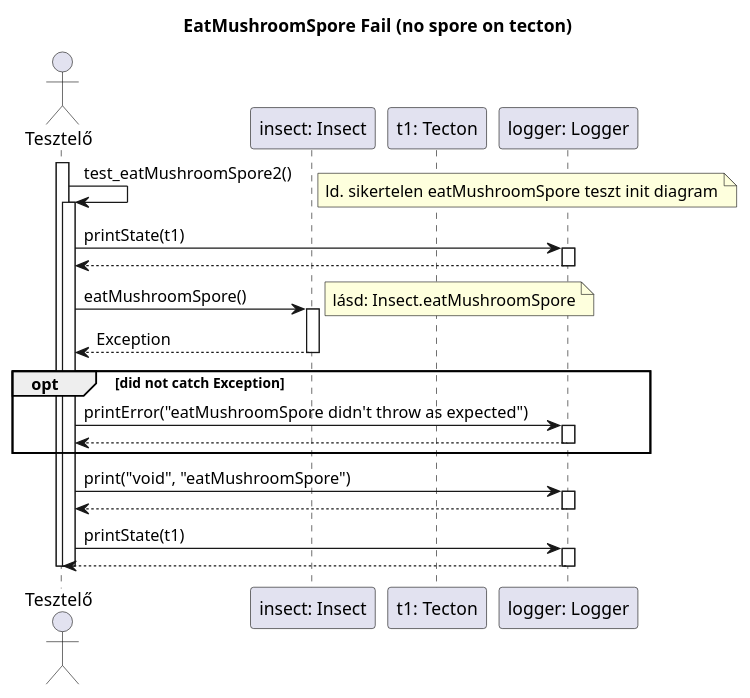
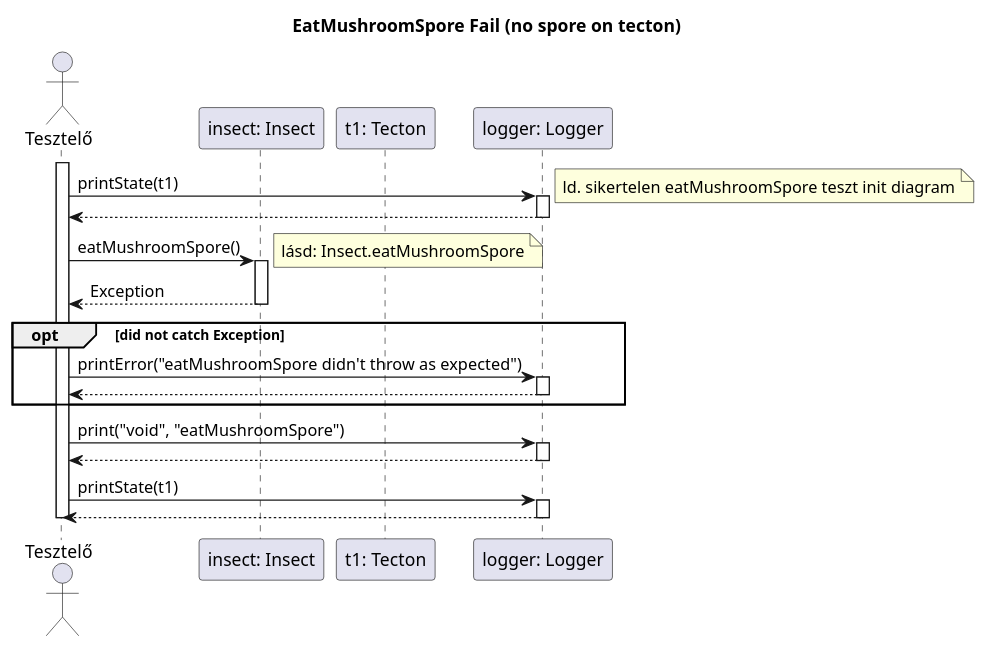
The diagram in diagrams/test-sequence/insect/eatMushroomSpore2.plantuml (dzsem/projlab), drawn with PlantUML before and after one commit. The commit also changed 5 other files, not shown here.

```diff
--- a/diagrams/test-sequence/insect/eatMushroomSpore2.plantuml
+++ b/diagrams/test-sequence/insect/eatMushroomSpore2.plantuml
@@ -1,51 +1,47 @@
 @startuml test_eatMushroomSpore2
 
 title EatMushroomSpore Fail (no spore on tecton)
 
 actor "Tesztelő" as t
 participant "insect: Insect" as i
 participant "t1: Tecton" as t1
 participant "logger: Logger" as logger
 
 activate t
-t -> t: test_eatMushroomSpore2()
+
+t -> logger: printState(t1)
 note right: ld. sikertelen eatMushroomSpore teszt init diagram
-activate t
+activate logger
 
-	t -> logger: printState(t1)
+t <-- logger
+deactivate logger
+
+t -> i: eatMushroomSpore()
+activate i
+note right: lásd: Insect.eatMushroomSpore
+
+t <-- i: Exception
+deactivate i
+
+opt did not catch Exception
+	t -> logger: printError("eatMushroomSpore didn't throw as expected")
 	activate logger
 
 	t <-- logger
 	deactivate logger
+end
 
-	t -> i: eatMushroomSpore()
-	activate i
-	note right: lásd: Insect.eatMushroomSpore
+t -> logger: print("void", "eatMushroomSpore")
+activate logger
 
-	t <-- i: Exception
-	deactivate i
+t <-- logger
+deactivate logger
 
-	opt did not catch Exception
-		t -> logger: printError("eatMushroomSpore didn't throw as expected")
-		activate logger
+t -> logger: printState(t1)
+activate logger
+t <-- logger
+deactivate logger
 
-		t <-- logger
-		deactivate logger
-	end
-
-	t -> logger: print("void", "eatMushroomSpore")
-	activate logger
-
-	t <-- logger
-	deactivate logger
-
-	t -> logger: printState(t1)
-	activate logger
-	t <-- logger
-	deactivate logger
-
-	deactivate t
 deactivate t
 
-
 @enduml
```
